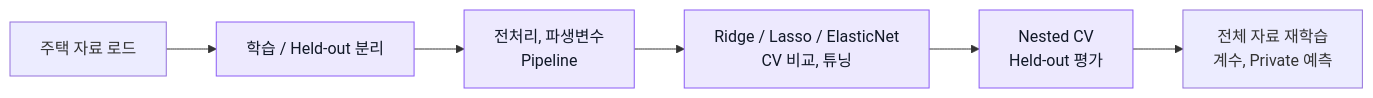
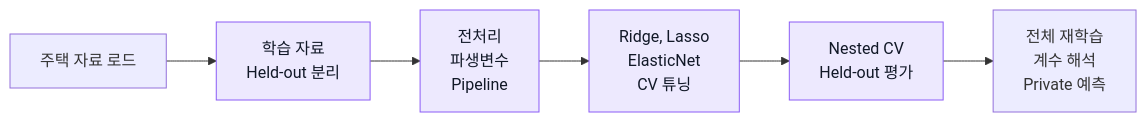
One commit to lcsvvo/Real-Estate-Price-Prediction changed the diagram in README.md. Above: the diagram before and after it, drawn with Mermaid.

Commit message:
docs: keep workflow labels short and words intact

````diff
--- a/README.md
+++ b/README.md
@@ -58,10 +58,10 @@
 ```mermaid
 flowchart LR
-    A["주택 자료 로드"] --> B["학습 / Held-out 분리"]
-    B --> C["전처리, 파생변수<br/>Pipeline"]
-    C --> D["Ridge / Lasso / ElasticNet<br/>CV 비교, 튜닝"]
+    A["주택 자료 로드"] --> B["학습 자료<br/>Held-out 분리"]
+    B --> C["전처리<br/>파생변수<br/>Pipeline"]
+    C --> D["Ridge, Lasso<br/>ElasticNet<br/>CV 튜닝"]
     D --> E["Nested CV<br/>Held-out 평가"]
-    E --> F["전체 자료 재학습<br/>계수, Private 예측"]
+    E --> F["전체 재학습<br/>계수 해석<br/>Private 예측"]
     classDef step fill:#ede9fe,stroke:#8b5cf6,color:#111827;
     class B,C,D,E step;
 ```
````
